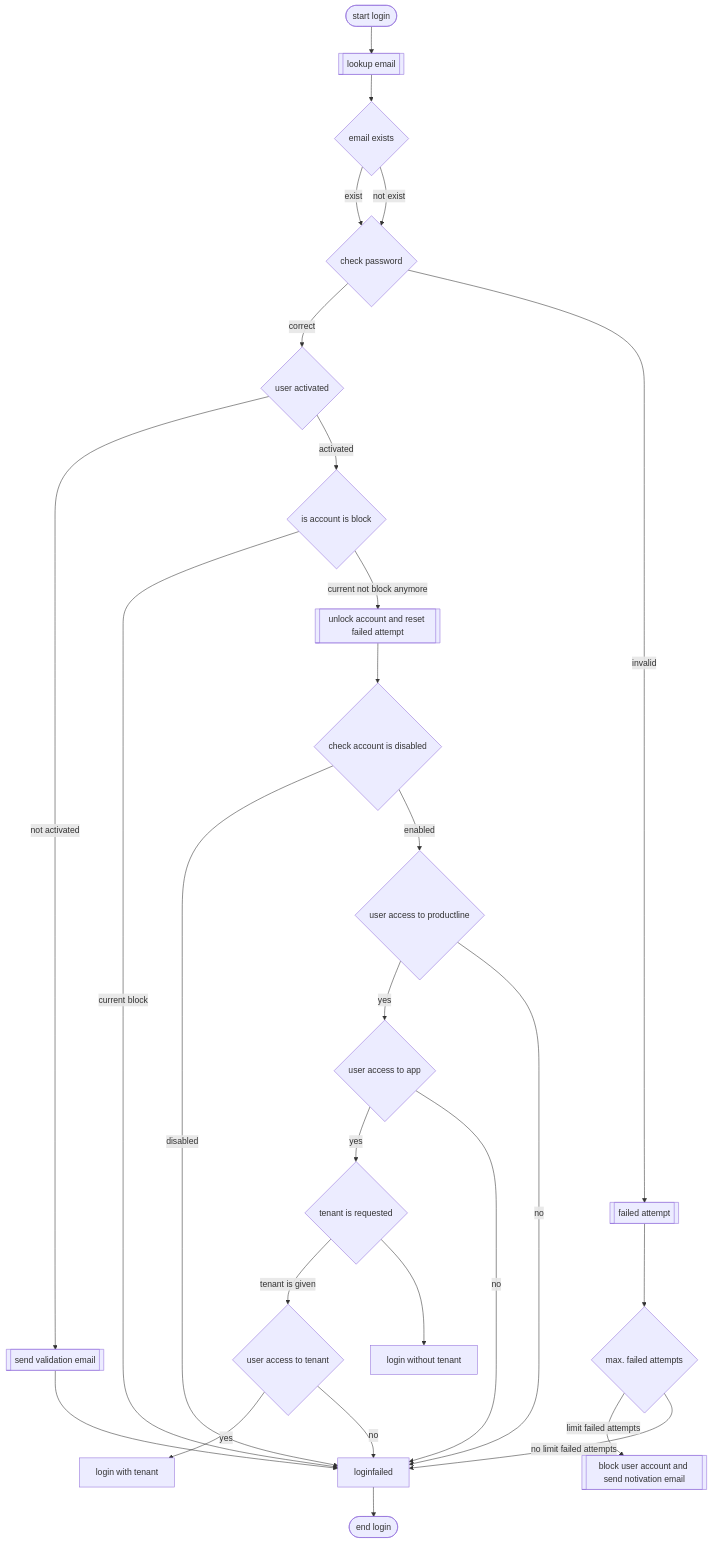
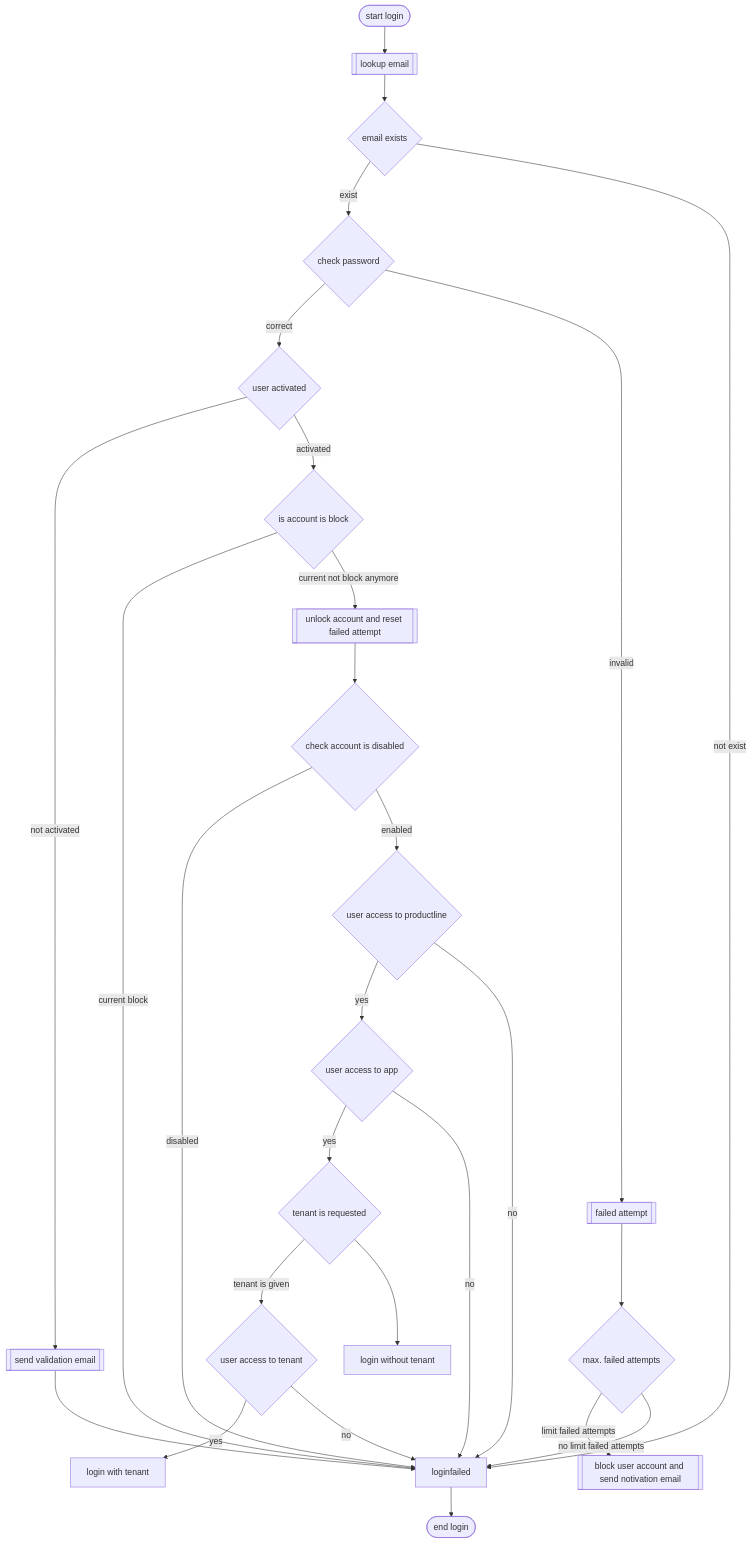
Before and after one commit to compadsoftware/CompadOne-Docs: the diagram in en/development/authentication/login.md, drawn with Mermaid.

````diff
--- a/en/development/authentication/login.md
+++ b/en/development/authentication/login.md
@@ -19,49 +19,49 @@
 ```mermaid
 flowchart TD
     start([start login])
     lookupemail[[lookup email]]
     start --> lookupemail
     checkemailexist{email exists}
     lookupemail --> checkemailexist
     checkemailexist --> |exist|checkpassword
-    checkemailexist --> |not exist|checkpassword
+    checkemailexist --> |not exist|loginfailed
     checkpassword{"`check password`"}
     checkpassword --> |correct|checkactivated
     checkpassword --> |invalid|failedattempt
     checkactivated{"`user activated`"}
     checkactivated --> |not activated|sendvalidationemail
     checkactivated --> |activated|checkblocked
     sendvalidationemail[[send validation email]]
     sendvalidationemail --> loginfailed
     failedattempt[[failed attempt]]
     failedattempt --> failedattemptcountermax
     failedattemptcountermax{max. failed attempts}
     failedattemptcountermax --> |limit failed attempts|blockaccount
     failedattemptcountermax --> |no limit failed attempts|loginfailed
     checkblocked{is account is block}
     checkblocked --> |current block|loginfailed
     checkblocked --> |current not block anymore|resetfailedattempt
     resetfailedattempt[[unlock account and reset failed attempt]]
     resetfailedattempt --> checkdisabled
     checkdisabled{check account is disabled}
     blockaccount[[block user account and send notivation email]]
     checkdisabled --> |disabled|loginfailed
     checkdisabled --> |enabled|checkproductline
     checkproductline{user access to productline}
     checkproductline --> |yes|checkappright
     checkproductline --> |no|loginfailed
     checkappright{user access to app}
     checkappright --> |yes|checktenant
     checkappright --> |no|loginfailed
     checktenant{tenant is requested}
     checktenant --> |tenant is given|checktenantaccess
     checktenant --> loginwithouttenant
     checktenantaccess{user access to tenant}
     checktenantaccess --> |yes|login
     checktenantaccess --> |no|loginfailed
     loginwithouttenant[login without tenant]
     login[login with tenant]
     loginfailed --> endlogin
     endlogin([end login])
 
 ```
````
